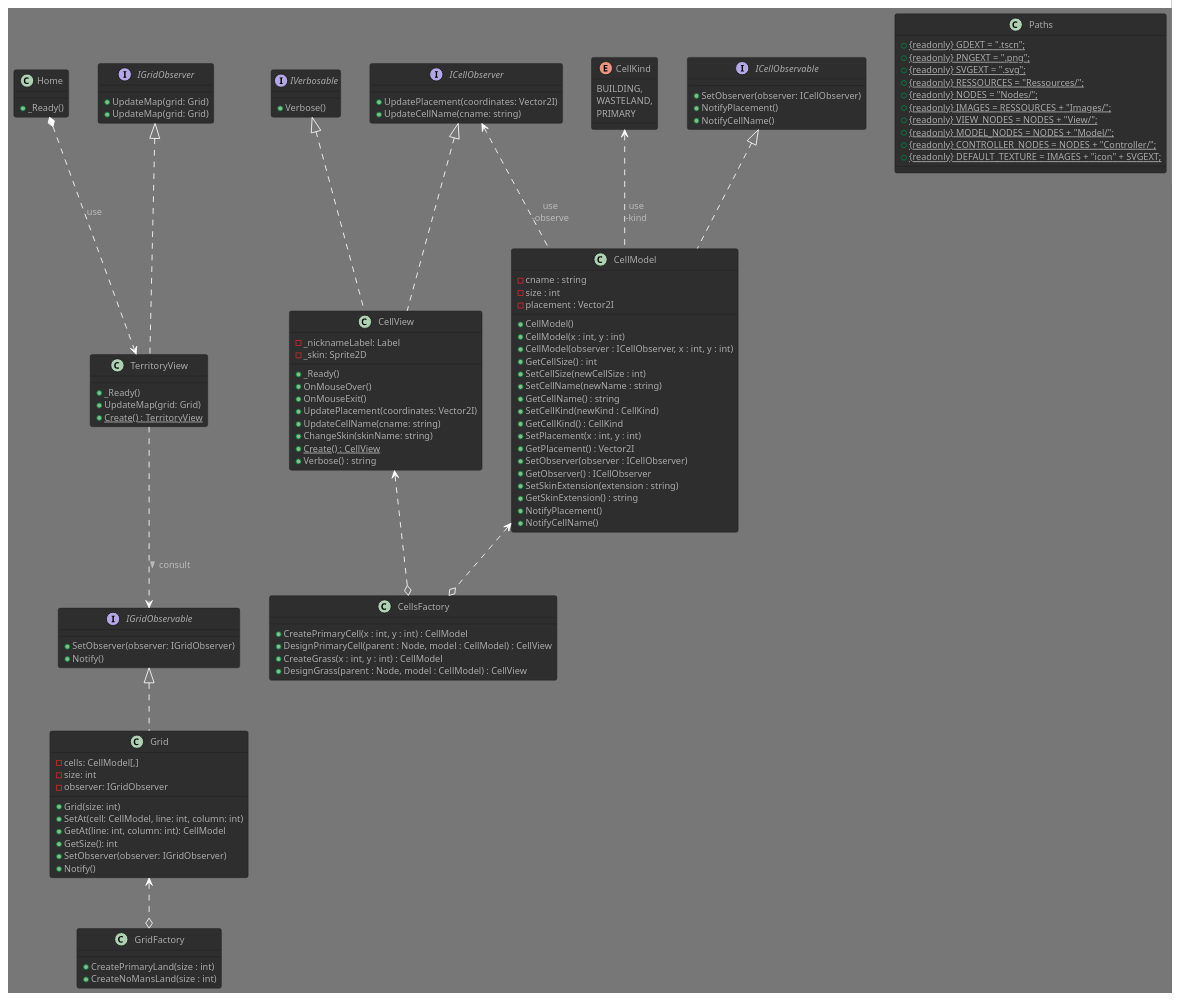
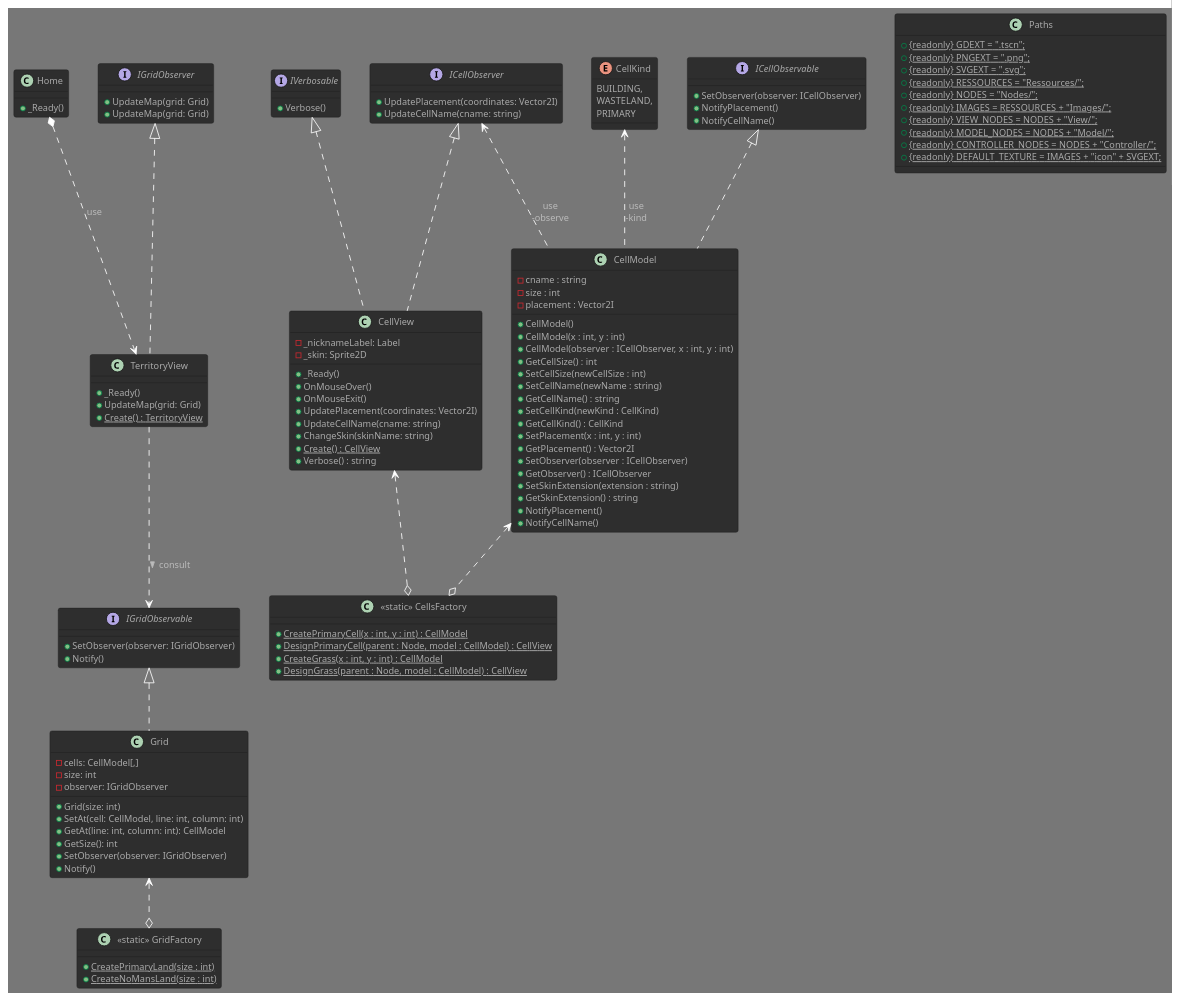
Before and after one commit to Spidermatou/Terriflux: the diagram in Schemes and infos/Scratch.puml, drawn with PlantUML. The commit also changed 11 other files, not shown here.

```diff
--- a/Schemes and infos/Scratch.puml
+++ b/Schemes and infos/Scratch.puml
@@ -1,130 +1,130 @@
 @startuml
 !theme reddress-darkgreen
 
 class Home{
     + _Ready()
 }
 Home *..> TerritoryView : use
 
 interface IVerbosable{
     + Verbose()
 }
 
 class Paths{
     + {static} {readonly} GDEXT = ".tscn";
     + {static} {readonly} PNGEXT = ".png";
     + {static} {readonly} SVGEXT = ".svg";
     + {static} {readonly} RESSOURCES = "Ressources/";
     + {static} {readonly} NODES = "Nodes/";
     + {static} {readonly} IMAGES = RESSOURCES + "Images/";
     + {static} {readonly} VIEW_NODES = NODES + "View/";
     + {static} {readonly} MODEL_NODES = NODES + "Model/";
     + {static} {readonly} CONTROLLER_NODES = NODES + "Controller/";
     + {static} {readonly} DEFAULT_TEXTURE = IMAGES + "icon" + SVGEXT;
 }
 
 enum CellKind{
     BUILDING,
     WASTELAND,
     PRIMARY
 }
 
 class CellModel implements ICellObservable {
     - cname : string
     - size : int
     - placement : Vector2I
     + CellModel()
     + CellModel(x : int, y : int)
     + CellModel(observer : ICellObserver, x : int, y : int)
     + GetCellSize() : int
     + SetCellSize(newCellSize : int)
     + SetCellName(newName : string)
     + GetCellName() : string
     + SetCellKind(newKind : CellKind)
     + GetCellKind() : CellKind
     + SetPlacement(x : int, y : int)
     + GetPlacement() : Vector2I
     + SetObserver(observer : ICellObserver)
     + GetObserver() : ICellObserver
     + SetSkinExtension(extension : string)
     + GetSkinExtension() : string
     + NotifyPlacement()
     + NotifyCellName()
 }
 CellKind <.. CellModel : use\n-kind
 ICellObserver <.. CellModel : use\n-observe
 
 class Grid implements IGridObservable {
     - cells: CellModel[,]
     - size: int
     - observer: IGridObserver
 
     + Grid(size: int)
     + SetAt(cell: CellModel, line: int, column: int)
     + GetAt(line: int, column: int): CellModel
     + GetSize(): int
     + SetObserver(observer: IGridObserver)
     + Notify()
 }
 
 interface IGridObserver {
     + UpdateMap(grid: Grid)
 }
 
 interface ICellObservable {
     + SetObserver(observer: ICellObserver)
     + NotifyPlacement()
     + NotifyCellName()
 }
 
 interface ICellObserver {
     + UpdatePlacement(coordinates: Vector2I)
     + UpdateCellName(cname: string)
 }
 
 interface IGridObserver {
     + UpdateMap(grid: Grid)
 }
 
 interface IGridObservable {
     + SetObserver(observer: IGridObserver)
     + Notify()
 }
 
 class CellView implements ICellObserver, IVerbosable {
     - _nicknameLabel: Label
     - _skin: Sprite2D
 
     + _Ready() 
     + OnMouseOver() 
     + OnMouseExit() 
     + UpdatePlacement(coordinates: Vector2I) 
     + UpdateCellName(cname: string) 
     + ChangeSkin(skinName: string) 
     + {static} Create() : CellView
     + Verbose() : string
 }
 
 class TerritoryView implements IGridObserver {
     + _Ready() 
     + UpdateMap(grid: Grid)
     + {static} Create() : TerritoryView
 }
 TerritoryView ..> IGridObservable : > consult
 
-class GridFactory{
-    + CreatePrimaryLand(size : int)
-    + CreateNoMansLand(size : int)
+class "<<static>> GridFactory" as GridFactory{
+    + {static} CreatePrimaryLand(size : int)
+    + {static} CreateNoMansLand(size : int)
 }
 Grid <..o GridFactory
 
-class CellsFactory{
-    + CreatePrimaryCell(x : int, y : int) : CellModel
-    + DesignPrimaryCell(parent : Node, model : CellModel) : CellView
-    + CreateGrass(x : int, y : int) : CellModel
-    + DesignGrass(parent : Node, model : CellModel) : CellView
+class "<<static>> CellsFactory" as CellsFactory{
+    + {static} CreatePrimaryCell(x : int, y : int) : CellModel
+    + {static} DesignPrimaryCell(parent : Node, model : CellModel) : CellView
+    + {static} CreateGrass(x : int, y : int) : CellModel
+    + {static} DesignGrass(parent : Node, model : CellModel) : CellView
 }
 CellModel <..o CellsFactory
 CellView <..o CellsFactory
 
 @enduml
```
